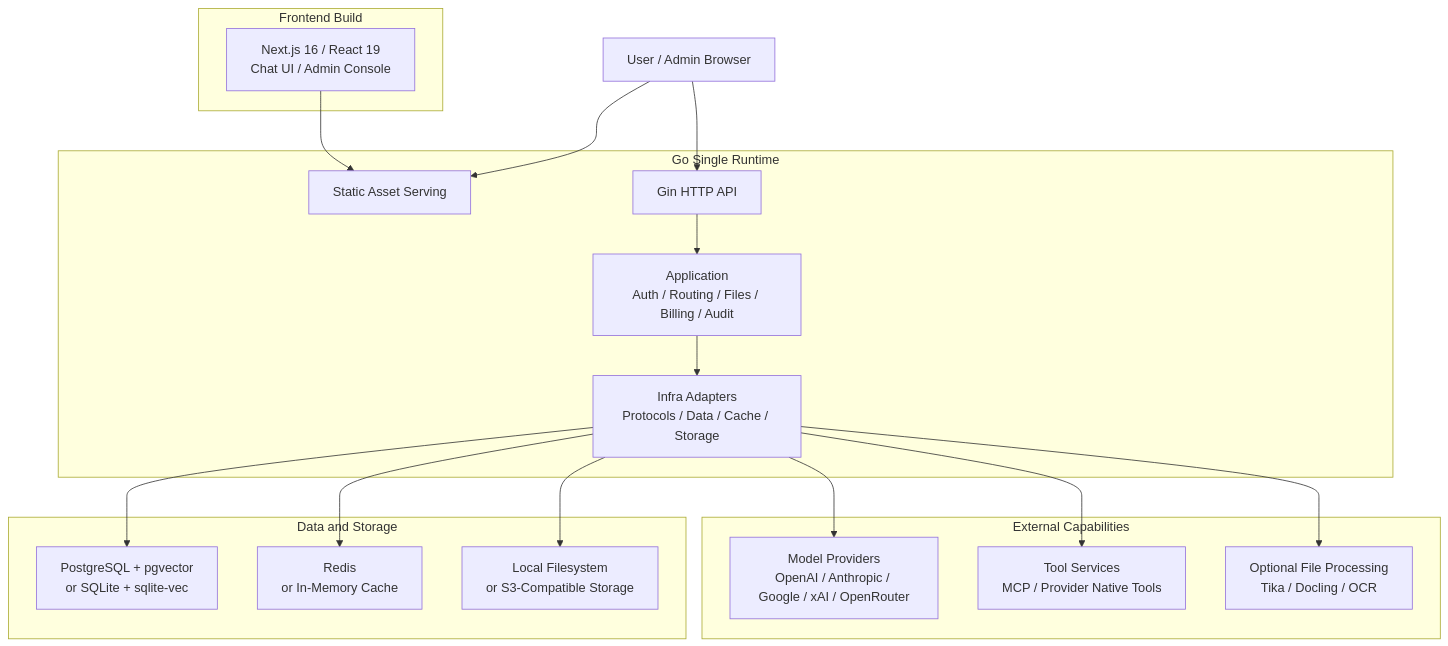
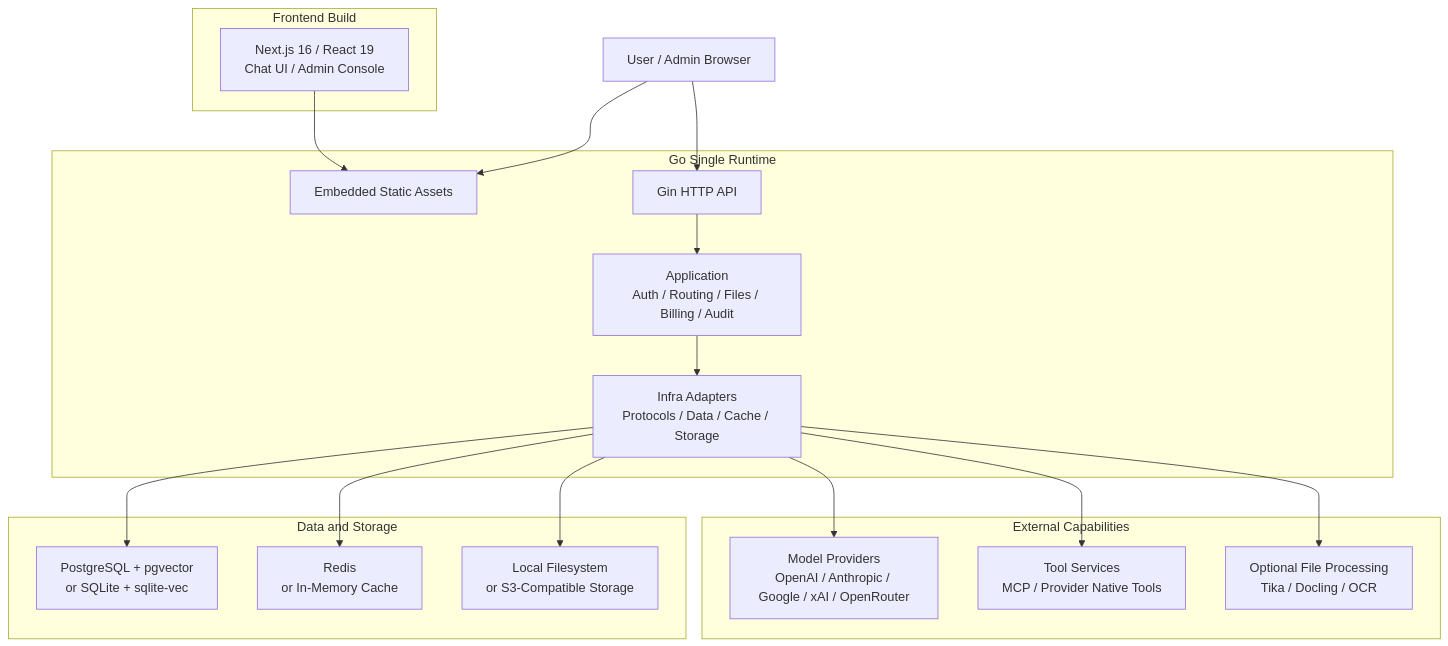
Before and after one commit to lieyanc/FireCortex: the diagram in README.md, drawn with Mermaid. The commit also changed other lines of this file and 24 other files, not shown here.

````diff
--- a/README.md
+++ b/README.md
@@ -64,39 +64,39 @@
 ```mermaid
 flowchart TB
   Browser["User / Admin Browser"]
 
   subgraph Frontend["Frontend Build"]
     Web["Next.js 16 / React 19<br/>Chat UI / Admin Console"]
   end
 
   subgraph Backend["Go Single Runtime"]
-    Static["Static Asset Serving"]
+    Static["Embedded Static Assets"]
     HTTP["Gin HTTP API"]
     App["Application<br/>Auth / Routing / Files / Billing / Audit"]
     Infra["Infra Adapters<br/>Protocols / Data / Cache / Storage"]
   end
 
   subgraph External["External Capabilities"]
     Providers["Model Providers<br/>OpenAI / Anthropic / Google / xAI / OpenRouter"]
     Tools["Tool Services<br/>MCP / Provider Native Tools"]
     Extractors["Optional File Processing<br/>Tika / Docling / OCR"]
   end
 
   subgraph Data["Data and Storage"]
     DB["PostgreSQL + pgvector<br/>or SQLite + sqlite-vec"]
     Cache["Redis<br/>or In-Memory Cache"]
     Storage["Local Filesystem<br/>or S3-Compatible Storage"]
   end
 
   Web --> Static
   Browser --> Static
   Browser --> HTTP
   HTTP --> App
   App --> Infra
   Infra --> Providers
   Infra --> Tools
   Infra --> Extractors
   Infra --> DB
   Infra --> Cache
   Infra --> Storage
 ```
````
